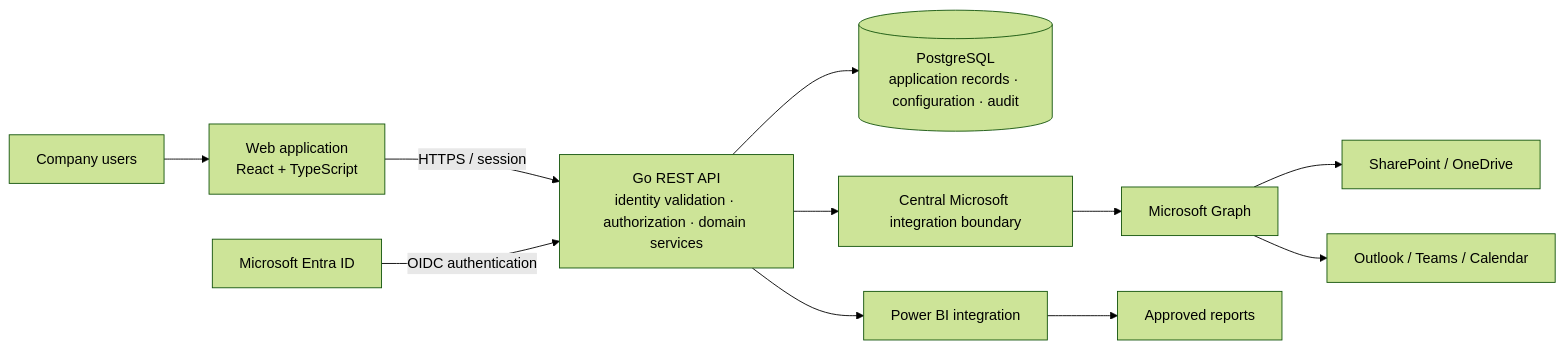
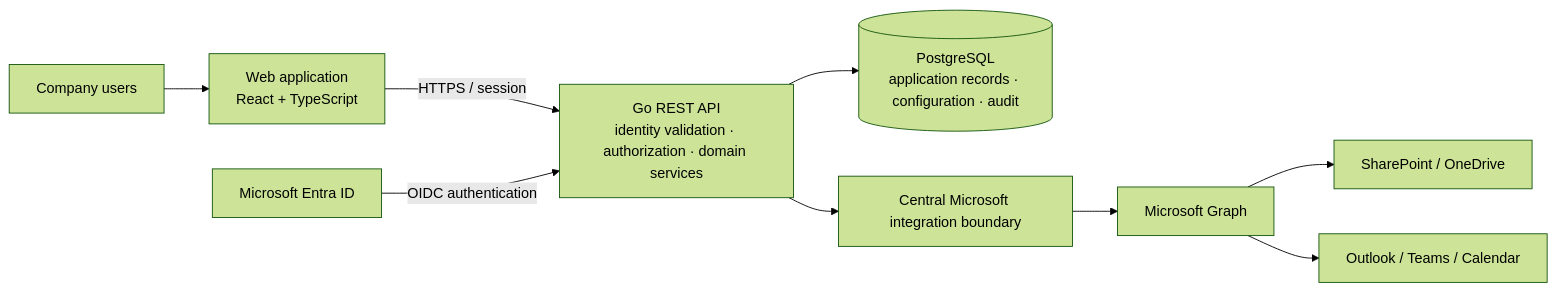
The diagram in docs/architecture.md (HasithaErandika/df-pmp), drawn with Mermaid (forest theme) before and after one commit. The commit also changed other lines of this file and 128 other files, not shown here.

````diff
--- a/docs/architecture.md
+++ b/docs/architecture.md
@@ -7,13 +7,11 @@
 ```mermaid
 flowchart LR
   U[Company users] --> FE[Web application\nReact + TypeScript]
   FE -->|HTTPS / session| API[Go REST API\nidentity validation · authorization · domain services]
   ID[Microsoft Entra ID] -->|OIDC authentication| API
   API --> DB[(PostgreSQL\napplication records · configuration · audit)]
   API --> MI[Central Microsoft integration boundary]
   MI --> GRAPH[Microsoft Graph]
   GRAPH --> SP[SharePoint / OneDrive]
   GRAPH --> EX[Outlook / Teams / Calendar]
-  API --> BI[Power BI integration]
-  BI --> R[Approved reports]
 ```
````
